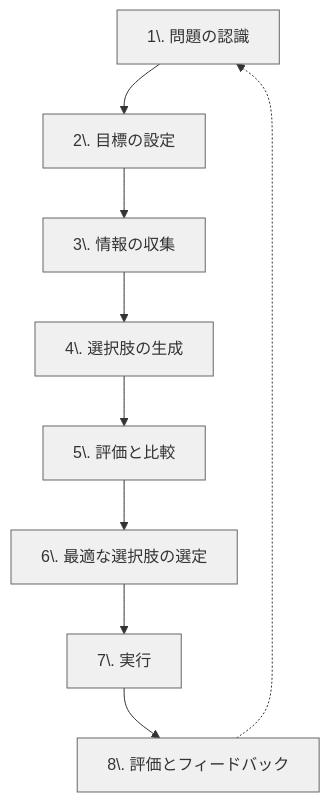
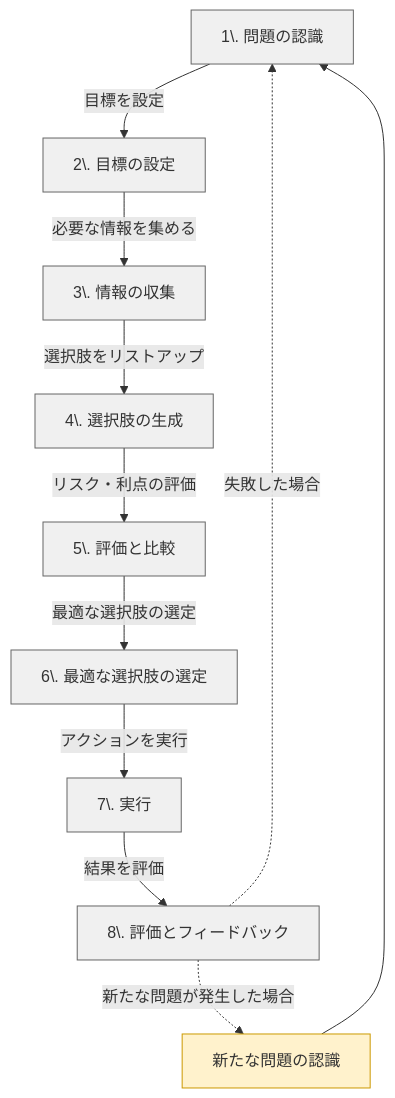
One commit to shuji-bonji/Situational-Awareness-and-Decision-Making changed the second of 2 diagrams in docs/basics/decision-making.md. Above: the diagram before and after it, drawn with Mermaid. The commit also changed other lines of this file, not shown here.

````diff
--- a/docs/basics/decision-making.md
+++ b/docs/basics/decision-making.md
@@ -46,19 +49,22 @@
 ```mermaid
 graph TB
-    A[1\. 問題の認識] --> B[2\. 目標の設定]
-    B --> C[3\. 情報の収集]
-    C --> D[4\. 選択肢の生成]
-    D --> E[5\. 評価と比較]
-    E --> F[6\. 最適な選択肢の選定]
-    F --> G[7\. 実行]
-    G --> H[8\. 評価とフィードバック]
-    H -.-> A
+    A[1\. 問題の認識] -->|目標を設定| B[2\. 目標の設定]
+    B -->|必要な情報を集める| C[3\. 情報の収集]
+    C -->|選択肢をリストアップ| D[4\. 選択肢の生成]
+    D -->|リスク・利点の評価| E[5\. 評価と比較]
+    E -->|最適な選択肢の選定| F[6\. 最適な選択肢の選定]
+    F -->|アクションを実行| G[7\. 実行]
+    G -->|結果を評価| H[8\. 評価とフィードバック]
+    H -.->|失敗した場合| A
+    H -.->|新たな問題が発生した場合| I[新たな問題の認識]
+    I --> A
     style A fill:#f0f0f0,stroke:#666
     style B fill:#f0f0f0,stroke:#666
     style C fill:#f0f0f0,stroke:#666
     style D fill:#f0f0f0,stroke:#666
     style E fill:#f0f0f0,stroke:#666
     style F fill:#f0f0f0,stroke:#666
     style G fill:#f0f0f0,stroke:#666
     style H fill:#f0f0f0,stroke:#666
+    style I fill:#fff2cc,stroke:#cc9900
 ```
````
